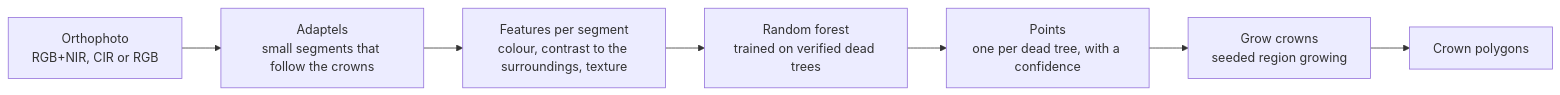
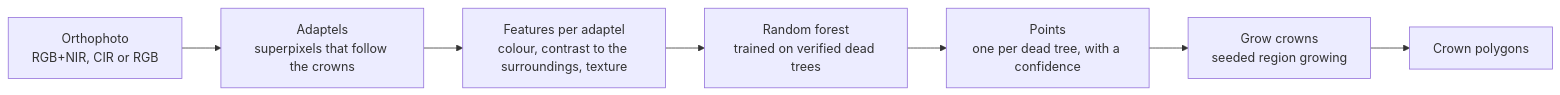
Before and after one commit to igorpawelec/qgis-geosnag: the diagram in README.md, drawn with Mermaid. The commit also changed other lines of this file and 4 other files, not shown here.

Commit message:
0.5.1: wording after review -- adaptels are superpixels, EN/PL description, own points highlighted

````diff
--- a/README.md
+++ b/README.md
@@ -24,9 +24,9 @@
 ```mermaid
 flowchart LR
-    A[Orthophoto<br/>RGB+NIR, CIR or RGB] --> B[Adaptels<br/>small segments that follow the crowns]
-    B --> C[Features per segment<br/>colour, contrast to the surroundings, texture]
+    A[Orthophoto<br/>RGB+NIR, CIR or RGB] --> B[Adaptels<br/>superpixels that follow the crowns]
+    B --> C[Features per adaptel<br/>colour, contrast to the surroundings, texture]
     C --> D[Random forest<br/>trained on verified dead trees]
     D --> E[Points<br/>one per dead tree, with a confidence]
     E --> F[Grow crowns<br/>seeded region growing]
     F --> G[Crown polygons]
 ```
````
